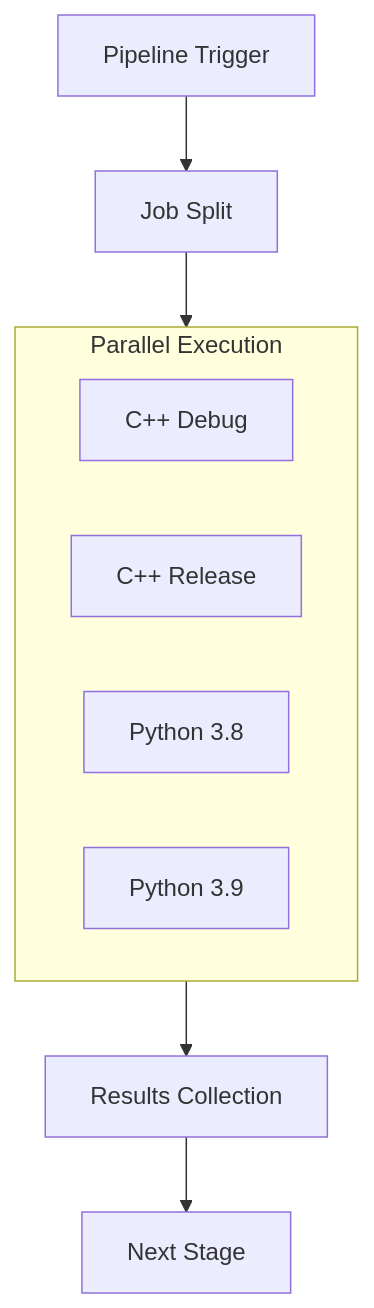
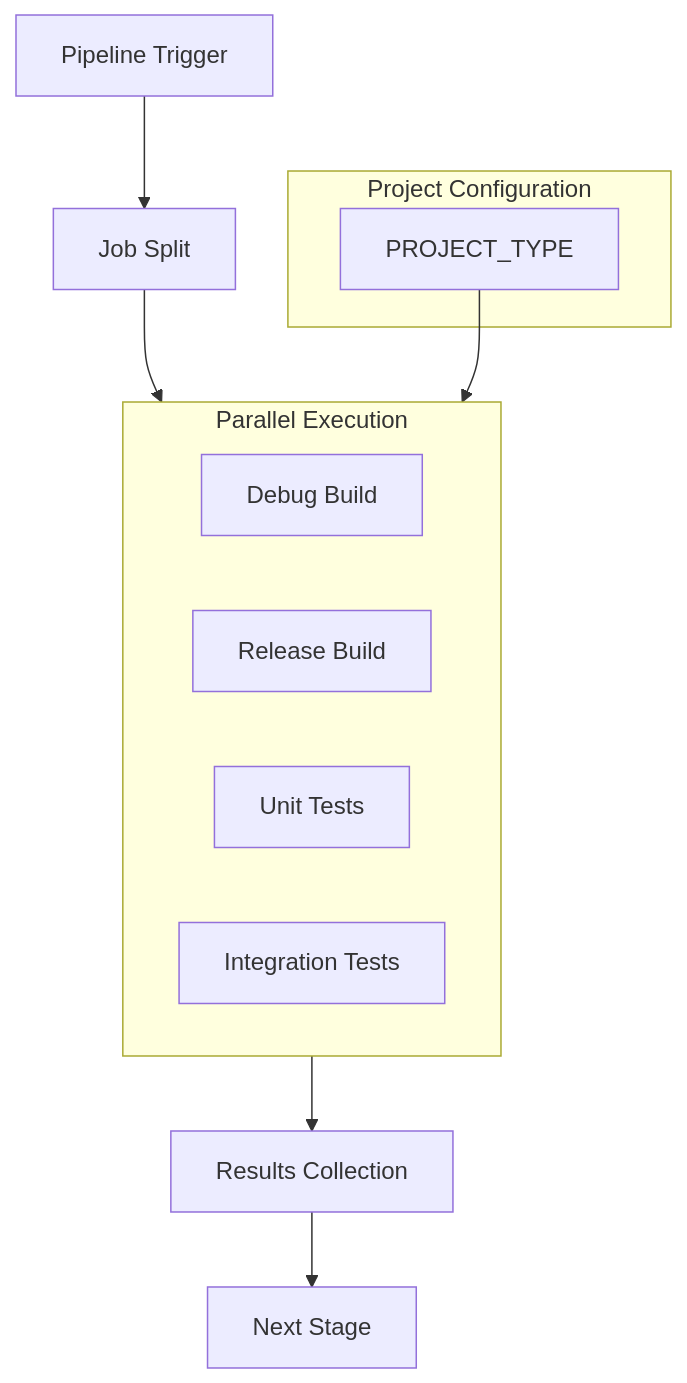
The first of 3 diagrams in docs/ci-cd/parallel-execution.md (jlheater/test-project-123456), drawn with Mermaid before and after one commit. The commit also changed other lines of this file and 11 other files, not shown here.

Commit message:
Enhance documentation for system requirements and build process, including a structured table of contents and updates to makefile usage for C++ and Python projects.

````diff
--- a/docs/ci-cd/parallel-execution.md
+++ b/docs/ci-cd/parallel-execution.md
@@ -7,15 +7,20 @@
 ```mermaid
 flowchart TD
     Trigger[Pipeline Trigger] --> Split[Job Split]
     Split --> Jobs["Parallel Jobs"]
     
-    subgraph Jobs["Parallel Execution"]
-        Job1["C++ Debug"]
-        Job2["C++ Release"]
-        Job3["Python 3.8"]
-        Job4["Python 3.9"]
+    subgraph Config["Project Configuration"]
+        Type["PROJECT_TYPE"]
     end
     
+    subgraph Jobs["Parallel Execution"]
+        Debug["Debug Build"]
+        Release["Release Build"]
+        Unit["Unit Tests"]
+        Integration["Integration Tests"]
+    end
+    
+    Type --> Jobs
     Jobs --> Merge[Results Collection]
     Merge --> Next[Next Stage]
 ```
````
